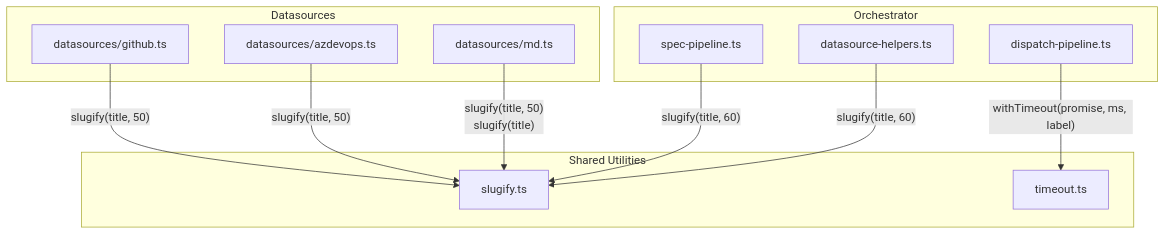
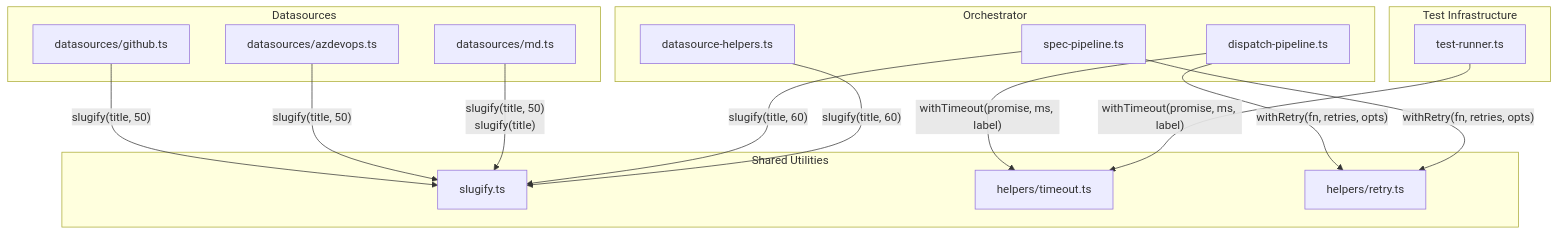
One commit to PatrickRuddiman/Dispatch changed the diagram in docs/shared-utilities/overview.md. Above: the diagram before and after it, drawn with Mermaid. The commit also changed other lines of this file and 51 other files, not shown here.

````diff
--- a/docs/shared-utilities/overview.md
+++ b/docs/shared-utilities/overview.md
@@ -30,26 +35,34 @@
 ```mermaid
 graph TD
     subgraph "Shared Utilities"
         Slugify["slugify.ts"]
-        Timeout["timeout.ts"]
+        Timeout["helpers/timeout.ts"]
+        Retry["helpers/retry.ts"]
     end
 
     subgraph "Datasources"
         GH["datasources/github.ts"]
         AZ["datasources/azdevops.ts"]
         MD["datasources/md.ts"]
     end
 
     subgraph "Orchestrator"
         DP["dispatch-pipeline.ts"]
         SP["spec-pipeline.ts"]
         DH["datasource-helpers.ts"]
     end
 
+    subgraph "Test Infrastructure"
+        TR["test-runner.ts"]
+    end
+
     GH -- "slugify(title, 50)" --> Slugify
     AZ -- "slugify(title, 50)" --> Slugify
     MD -- "slugify(title, 50)<br/>slugify(title)" --> Slugify
     SP -- "slugify(title, 60)" --> Slugify
     DH -- "slugify(title, 60)" --> Slugify
     DP -- "withTimeout(promise, ms, label)" --> Timeout
+    TR -- "withTimeout(promise, ms, label)" --> Timeout
+    DP -- "withRetry(fn, retries, opts)" --> Retry
+    SP -- "withRetry(fn, retries, opts)" --> Retry
 ```
````
